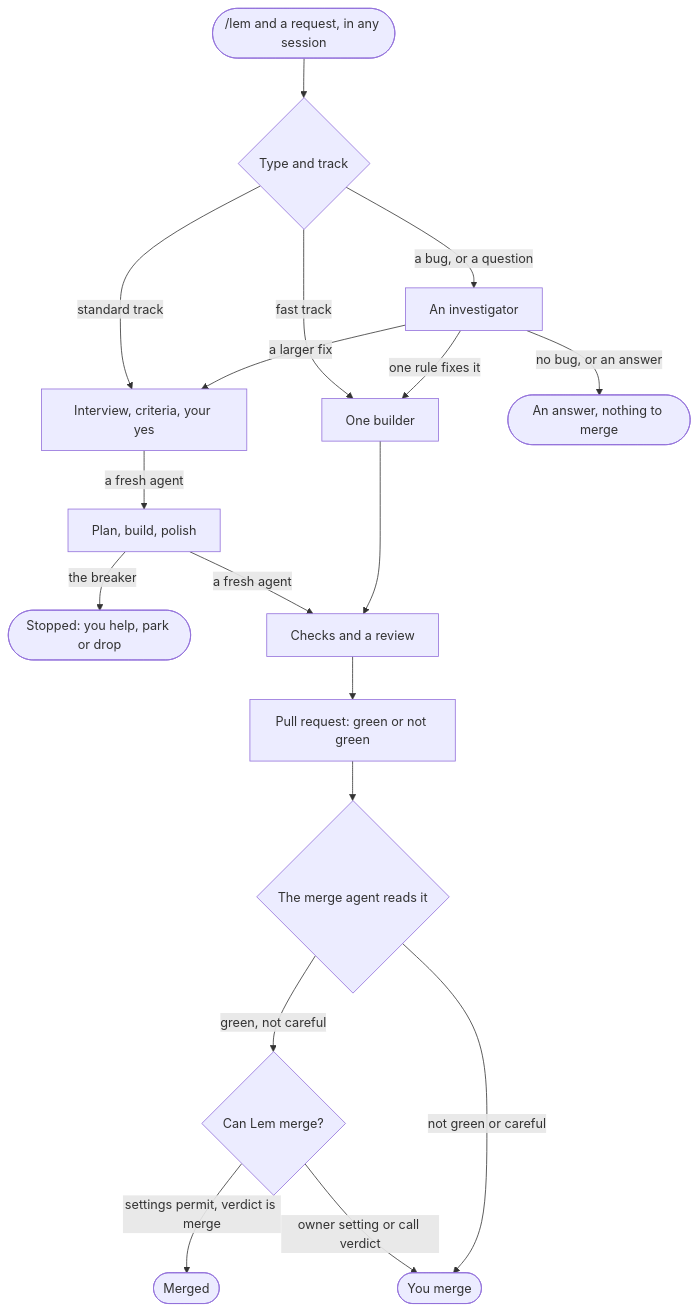
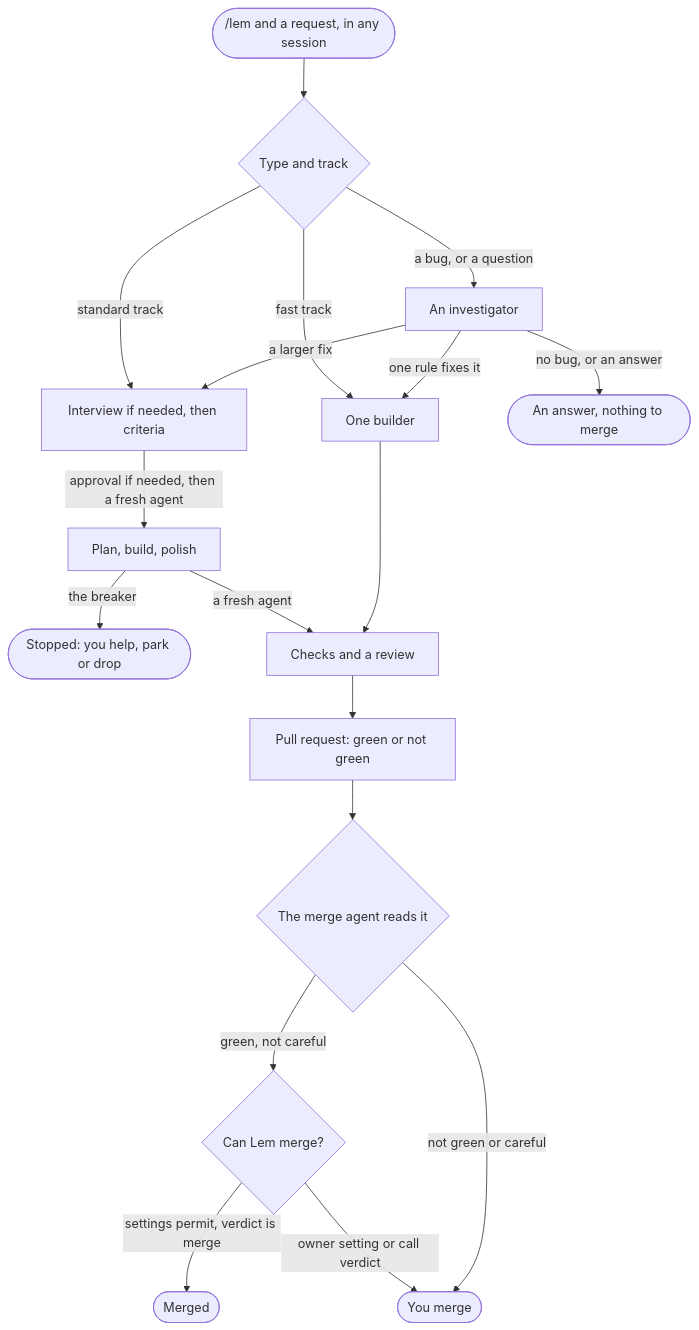
The diagram in docs/flow.md (pySilver/lem), drawn with Mermaid before and after one commit. The commit also changed other lines of this file and 16 other files, not shown here.

````diff
--- a/docs/flow.md
+++ b/docs/flow.md
@@ -3,20 +3,20 @@
 ```mermaid
 flowchart TD
     req(["/lem and a request, in any session"]) --> track{"Type and track"}
     track -- "fast track" --> one["One builder"]
     track -- "a bug, or a question" --> inv["An investigator"]
-    track -- "standard track" --> crit["Interview, criteria, your yes"]
+    track -- "standard track" --> crit["Interview if needed, then criteria"]
     inv -- "one rule fixes it" --> one
     inv -- "no bug, or an answer" --> stop(["An answer, nothing to merge"])
     inv -- "a larger fix" --> crit
-    crit -- "a fresh agent" --> plan["Plan, build, polish"]
+    crit -- "approval if needed, then a fresh agent" --> plan["Plan, build, polish"]
     plan -- "the breaker" --> brk(["Stopped: you help, park or drop"])
     plan -- "a fresh agent" --> checks["Checks and a review"]
     one --> checks
     checks --> pr["Pull request: green or not green"]
     pr --> merger{"The merge agent reads it"}
     merger -- "green, not careful" --> allowed{"Can Lem merge?"}
     allowed -- "settings permit, verdict is merge" --> merged(["Merged"])
     allowed -- "owner setting or call verdict" --> you(["You merge"])
     merger -- "not green or careful" --> you
 ```
````
